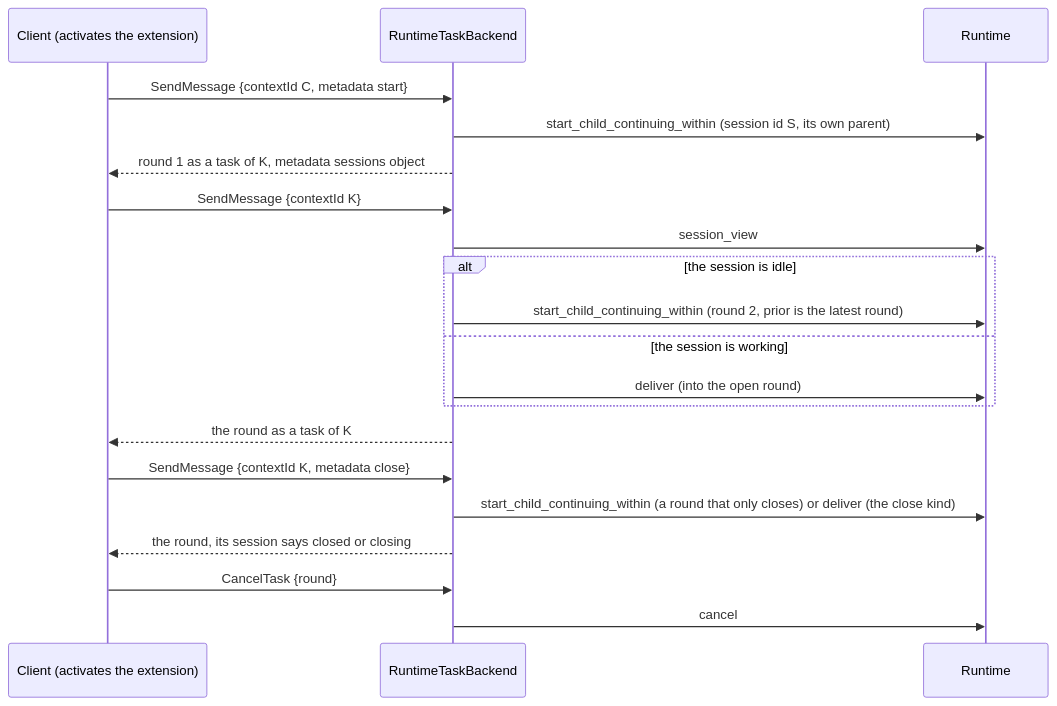
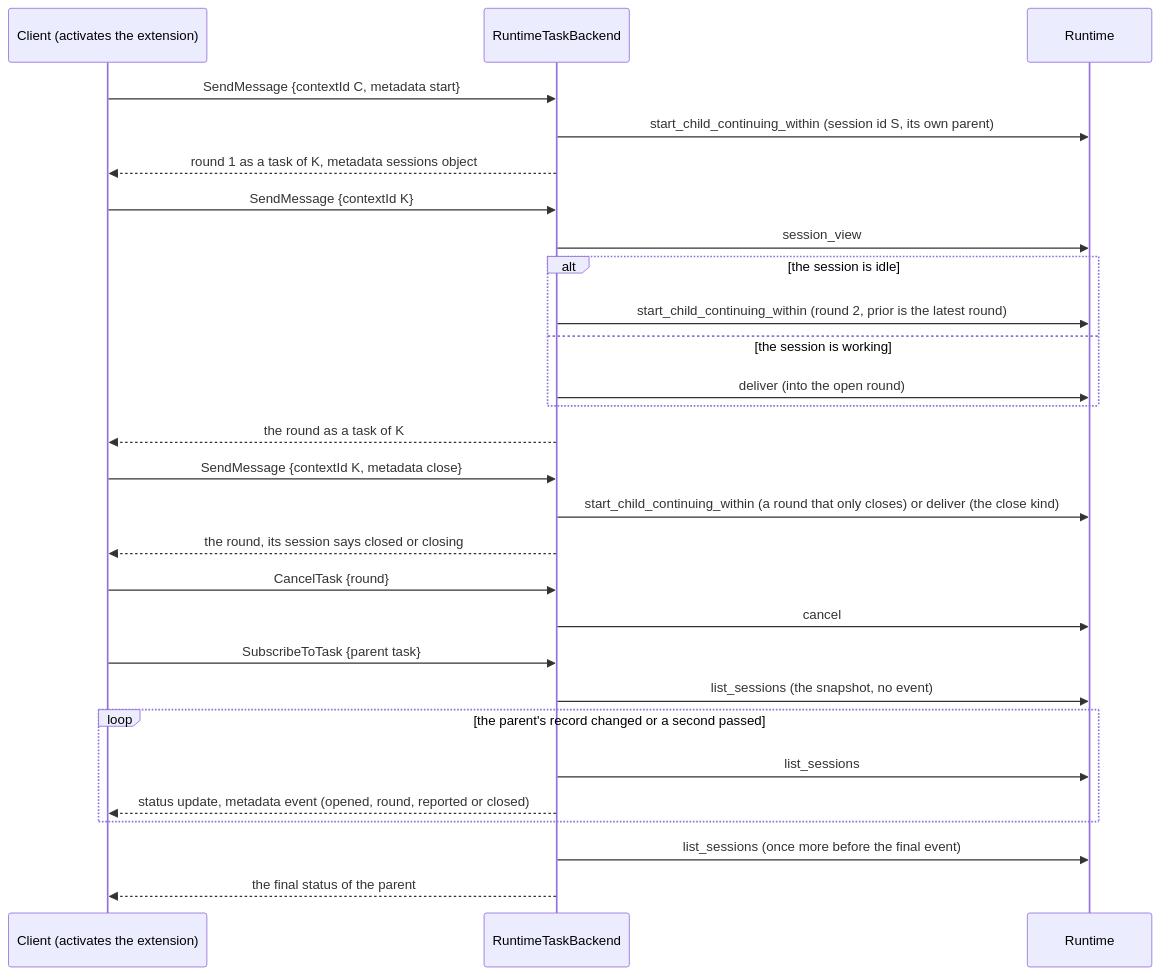
The fourth of 10 diagrams in docs/reference/a2a-server.md (marcjazz/another-adam-rs), drawn with Mermaid before and after one commit. The commit also changed other lines of this file and 8 other files, not shown here.

````diff
--- a/docs/reference/a2a-server.md
+++ b/docs/reference/a2a-server.md
@@ -284,22 +284,30 @@
 ```mermaid
 sequenceDiagram
   participant C as Client (activates the extension)
   participant B as RuntimeTaskBackend
   participant R as Runtime
   C->>B: SendMessage {contextId C, metadata start}
   B->>R: start_child_continuing_within (session id S, its own parent)
   B-->>C: round 1 as a task of K, metadata sessions object
   C->>B: SendMessage {contextId K}
   B->>R: session_view
   alt the session is idle
     B->>R: start_child_continuing_within (round 2, prior is the latest round)
   else the session is working
     B->>R: deliver (into the open round)
   end
   B-->>C: the round as a task of K
   C->>B: SendMessage {contextId K, metadata close}
   B->>R: start_child_continuing_within (a round that only closes) or deliver (the close kind)
   B-->>C: the round, its session says closed or closing
   C->>B: CancelTask {round}
   B->>R: cancel
+  C->>B: SubscribeToTask {parent task}
+  B->>R: list_sessions (the snapshot, no event)
+  loop the parent's record changed or a second passed
+    B->>R: list_sessions
+    B-->>C: status update, metadata event (opened, round, reported or closed)
+  end
+  B->>R: list_sessions (once more before the final event)
+  B-->>C: the final status of the parent
 ```
````
